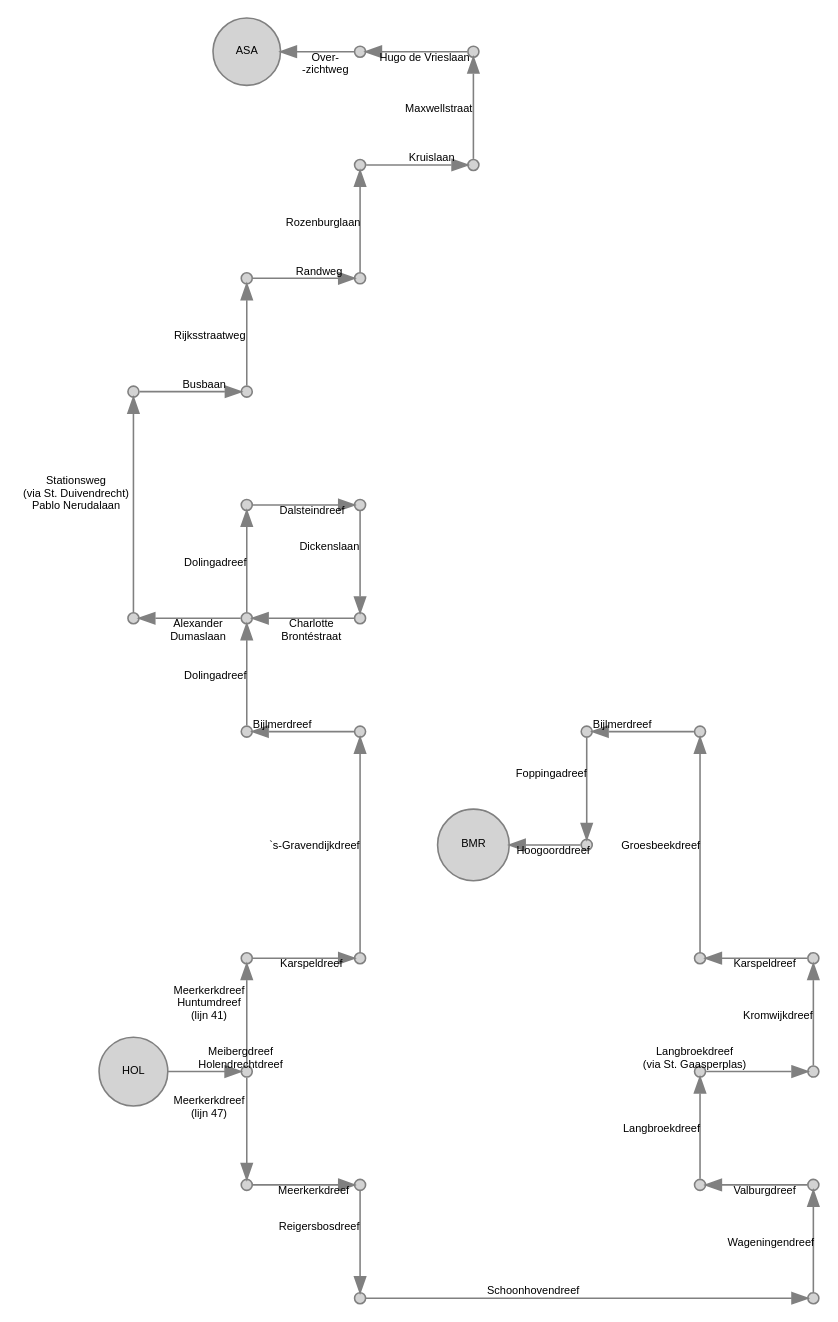
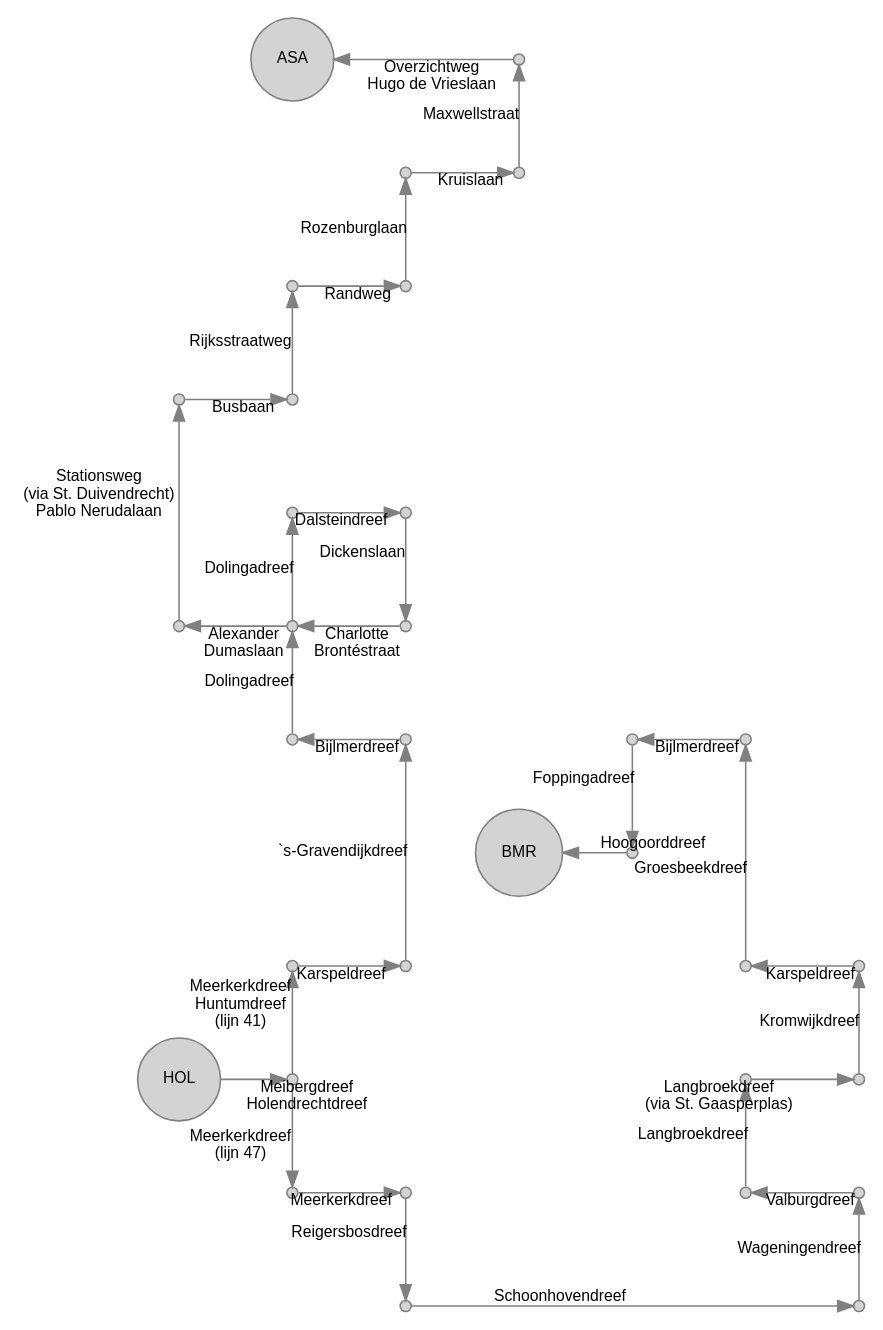
The diagram in gvb/HOL.gv (JacekPardyak/bus), drawn with Graphviz before and after one commit. The commit also changed 8 other files, not shown here.

```diff
--- a/gvb/HOL.gv
+++ b/gvb/HOL.gv
@@ -1,87 +1,85 @@
 digraph G {
   layout = neato
-  node [shape = circle, style = filled, fillcolor = lightgray, color=gray, height=0.1, label = "", fontsize = 7, fontname = "Arial"]
-  edge [color=gray, fontsize = 7, fontname = "Arial"]
+  node [shape = circle, style = filled, fillcolor = lightgray, color=gray, height=0.1, label = "", fontsize = 10, fontname = "Arial"]
+  edge [color=gray, fontsize = 10, fontname = "Arial"]
 
   4100 [pos = " 0, 0!", label = "ASA"]
-  4101 [pos = " 1, 0!"]
   4102 [pos = " 2, 0!"]
   4103 [pos = " 2,-1!"]
   4104 [pos = " 1,-1!"]
   4105 [pos = " 1,-2!"]
   4106 [pos = " 0,-2!"]
   4107 [pos = " 0,-3!"]
   4108 [pos = "-1,-3!"]
   4109 [pos = "-1,-5!"]
   4110 [pos = " 0,-5!"]
   4111 [pos = " 1,-5!"]
   4112 [pos = " 1,-4!"]
   4113 [pos = " 0,-4!"]
   4114 [pos = " 0,-6!"]
   4115 [pos = " 1,-6!"]
   4116 [pos = " 1,-8!"]
   4117 [pos = " 0,-8!"]
   4118 [pos = " 0,-9!"]
   4119 [pos = "-1,-9!", label = "HOL"]
   
   4701 [pos = " 0,-10!"]
   4702 [pos = " 1,-10!"]
   4703 [pos = " 1,-11!"]
   4704 [pos = " 5,-11!"]
   4705 [pos = " 5,-10!"]
   4706 [pos = " 4,-10!"]
   4707 [pos = " 4,-9!"]
   4708 [pos = " 5,-9!"]
   4709 [pos = " 5,-8!"]
   4710 [pos = " 4,-8!"]
   4711 [pos = " 4,-6!"]
   4712 [pos = " 3,-6!"]
   4713 [pos = " 3,-7!"]
   4714 [pos = " 2,-7!", label = "BMR"]
   
-  4101 -> 4100 [label = "Over-
--zichtweg"]
-  4102 -> 4101 [label = "Hugo de Vrieslaan"]
+  4102 -> 4100 [label = "Overzichtweg 
+ Hugo de Vrieslaan"]
   4103 -> 4102 [label = "Maxwellstraat"]
   4104 -> 4103 [label = "Kruislaan"]
   4105 -> 4104 [label = "Rozenburglaan"]
   4106 -> 4105 [label = "Randweg"]
   4107 -> 4106 [label = "Rijksstraatweg"]
   4108 -> 4107 [label = "Busbaan"]
   4109 -> 4108 [label = "Stationsweg 
  (via St. Duivendrecht) 
  Pablo Nerudalaan"]
   4110 -> 4109 [label = "Alexander 
  Dumaslaan"]
   4111 -> 4110 [label = "Charlotte 
  Brontéstraat"]
   4112 -> 4111 [label = "Dickenslaan"]
   4113 -> 4112 [label = "Dalsteindreef"]
   4110 -> 4113 [label = "Dolingadreef"]
   4114 -> 4110 [label = "Dolingadreef"]
   4115 -> 4114 [label = "Bijlmerdreef"]
   4116 -> 4115 [label = "`s-Gravendijkdreef"]
   4117 -> 4116 [label = "Karspeldreef"]
   4118 -> 4117 [label = "Meerkerkdreef 
  Huntumdreef 
  (lijn 41)"]
   4119 -> 4118 [label = "Meibergdreef 
  Holendrechtdreef"]
   4118 -> 4701 [label = "Meerkerkdreef 
  (lijn 47)"]
   
   4701 -> 4702 [label = "Meerkerkdreef"]
   4702 -> 4703 [label = "Reigersbosdreef"]
   4703 -> 4704 [label = "Schoonhovendreef"]
   4704 -> 4705 [label = "Wageningendreef"]
   4705 -> 4706 [label = "Valburgdreef"]
   4706 -> 4707 [label = "Langbroekdreef"]
   4707 -> 4708 [label = "Langbroekdreef 
  (via St. Gaasperplas)"]
   4708 -> 4709 [label = "Kromwijkdreef"]
   4709 -> 4710 [label = "Karspeldreef"]
   4710 -> 4711 [label = "Groesbeekdreef"]
   4711 -> 4712 [label = "Bijlmerdreef"]
   4712 -> 4713 [label = "Foppingadreef"]
   4713 -> 4714 [label = "Hoogoorddreef"]
 }
```
